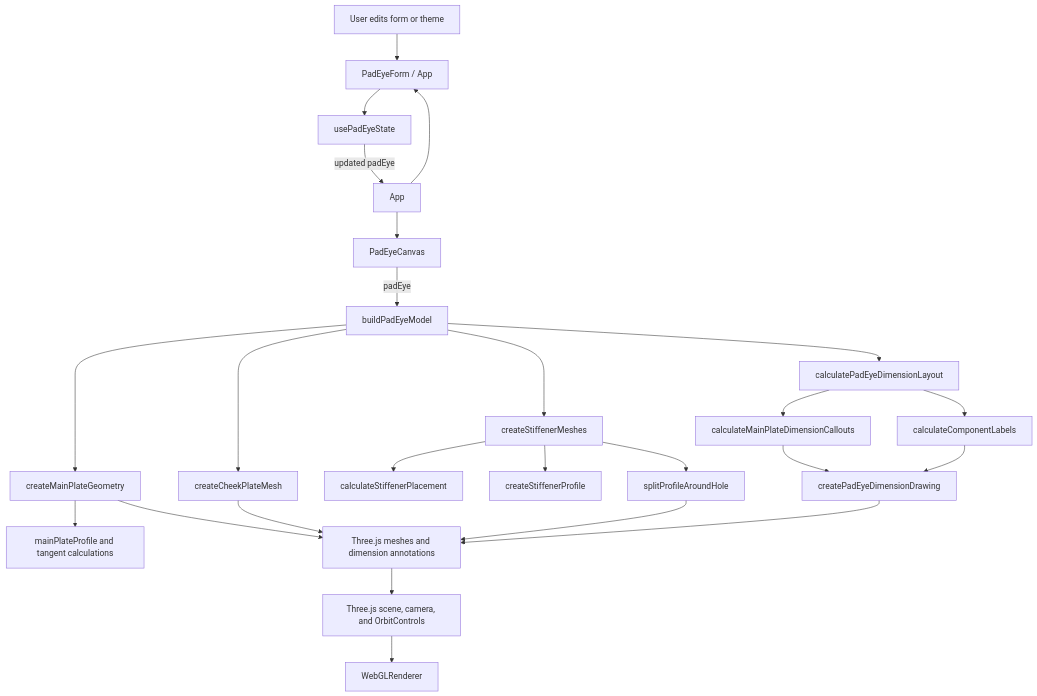
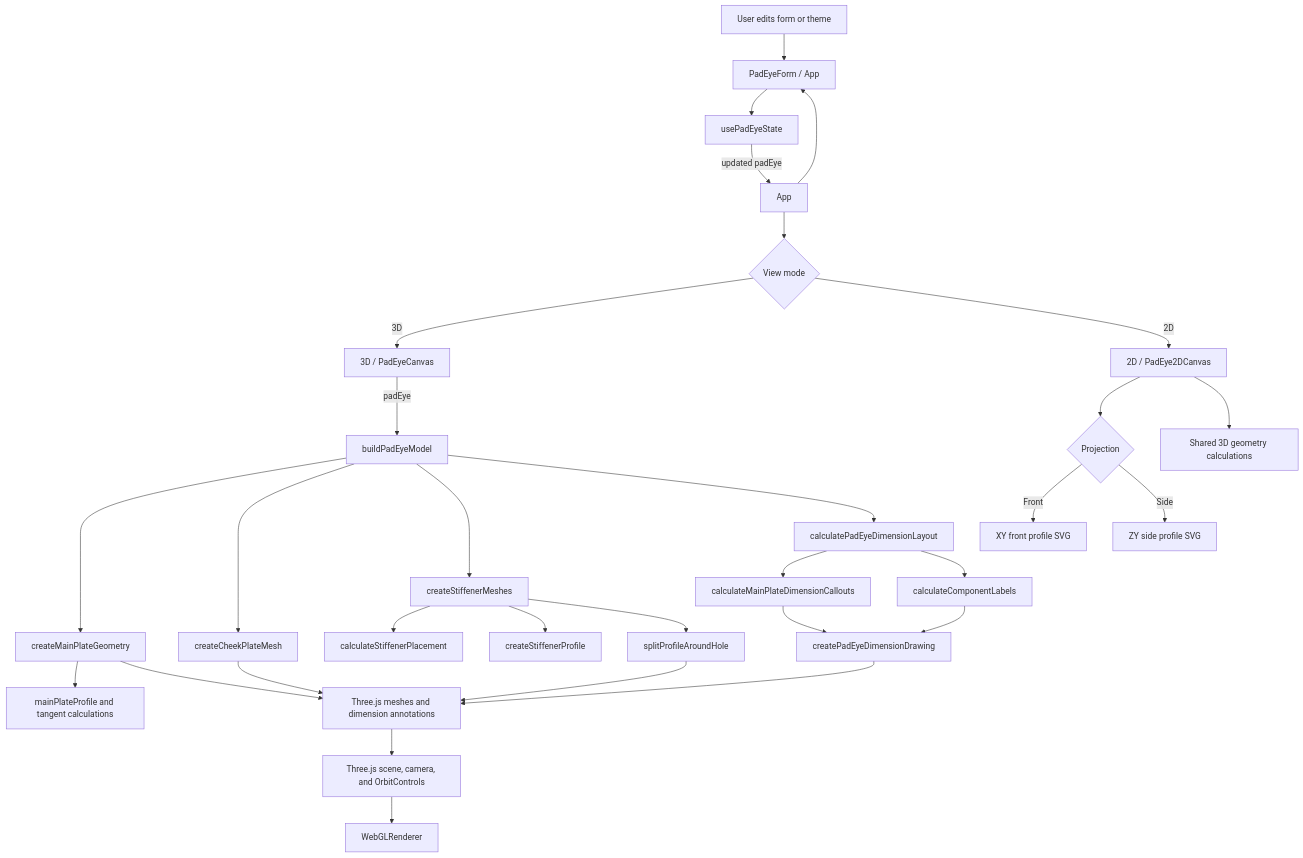
Before and after one commit to SAIDEEPBHANGE/threejs-mini-projects: the diagram in 00WorkingProject/README.md, drawn with Mermaid. The commit also changed other lines of this file and 25 other files, not shown here.

````diff
--- a/00WorkingProject/README.md
+++ b/00WorkingProject/README.md
@@ -68,27 +71,33 @@
 ```mermaid
 flowchart TD
     User[User edits form or theme] --> Form[PadEyeForm / App]
     Form --> State[usePadEyeState]
     State -->|updated padEye| App[App]
-    App --> Canvas[PadEyeCanvas]
+    App --> Mode{View mode}
+    Mode -->|3D| Canvas[3D / PadEyeCanvas]
+    Mode -->|2D| Projection[2D / PadEye2DCanvas]
+    Projection --> View{Projection}
+    View -->|Front| Front[XY front profile SVG]
+    View -->|Side| Side[ZY side profile SVG]
     App --> Form
     Canvas -->|padEye| Builder[buildPadEyeModel]
     Builder --> Main[createMainPlateGeometry]
     Main --> Profile[mainPlateProfile and tangent calculations]
     Builder --> Cheek[createCheekPlateMesh]
     Builder --> Rib[createStiffenerMeshes]
     Rib --> Place[calculateStiffenerPlacement]
     Rib --> Shape[createStiffenerProfile]
     Rib --> Hole[splitProfileAroundHole]
     Builder --> Layout[calculatePadEyeDimensionLayout]
     Layout --> Callouts[calculateMainPlateDimensionCallouts]
     Layout --> Labels[calculateComponentLabels]
     Callouts --> DimensionDraw[createPadEyeDimensionDrawing]
     Labels --> DimensionDraw
     Main --> Model[Three.js meshes and dimension annotations]
     Cheek --> Model
     Hole --> Model
     DimensionDraw --> Model
     Model --> Scene[Three.js scene, camera, and OrbitControls]
     Scene --> Renderer[WebGLRenderer]
+    Projection --> SharedCalc[Shared 3D geometry calculations]
 ```
````
